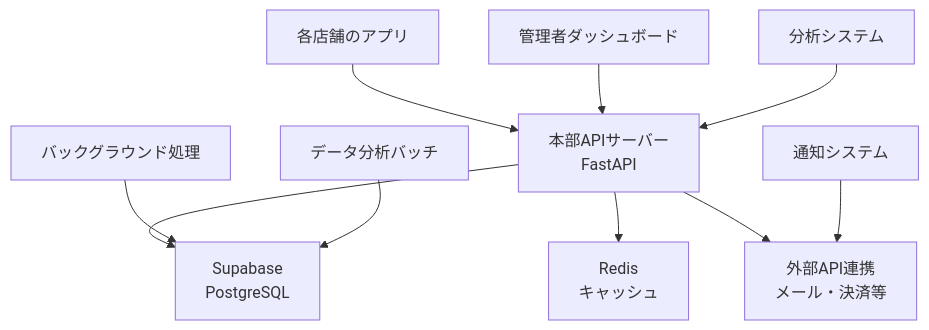
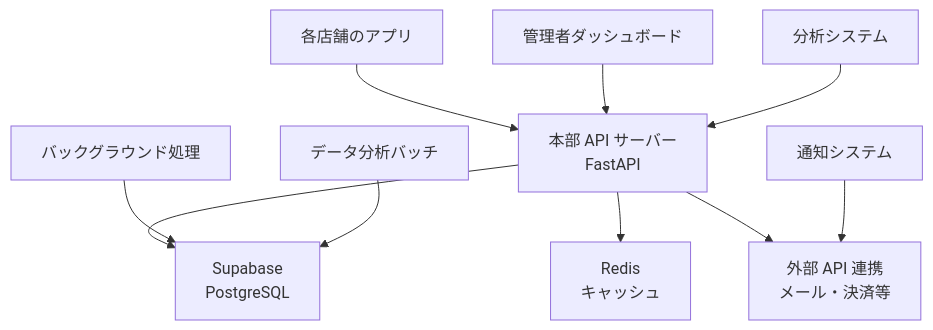
Before and after one commit to itdojp/supabase-architecture-patterns-book: the first of 4 diagrams in docs/chapters/chapter05-1/index.md, drawn with Mermaid. The commit also changed other lines of this file and 31 other files, not shown here.

````diff
--- a/docs/chapters/chapter05-1/index.md
+++ b/docs/chapters/chapter05-1/index.md
@@ -57,14 +57,14 @@
 ```mermaid
 flowchart TD
-    A[ 各店舗のアプリ] --> B[ 本部APIサーバー<br/>FastAPI]
+    A[ 各店舗のアプリ] --> B[ 本部 API サーバー<br/>FastAPI]
     C[ 管理者ダッシュボード] --> B
     D[ 分析システム] --> B
-    
+
     B --> E[ Supabase<br/>PostgreSQL]
     B --> F[ Redis<br/>キャッシュ]
-    B --> G[ 外部API連携<br/>メール・決済等]
-    
+    B --> G[ 外部 API 連携<br/>メール・決済等]
+
     H[ バックグラウンド処理] --> E
     I[ データ分析バッチ] --> E
     J[ 通知システム] --> G
 ```
````
